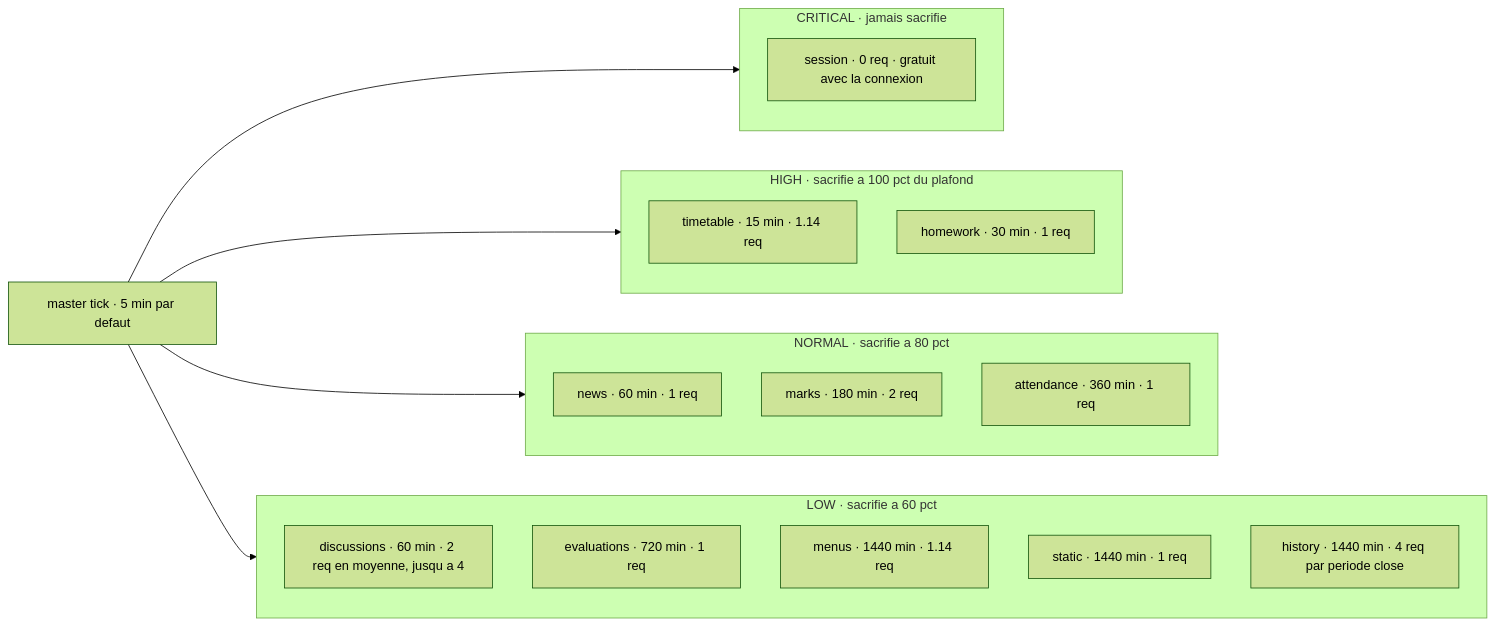
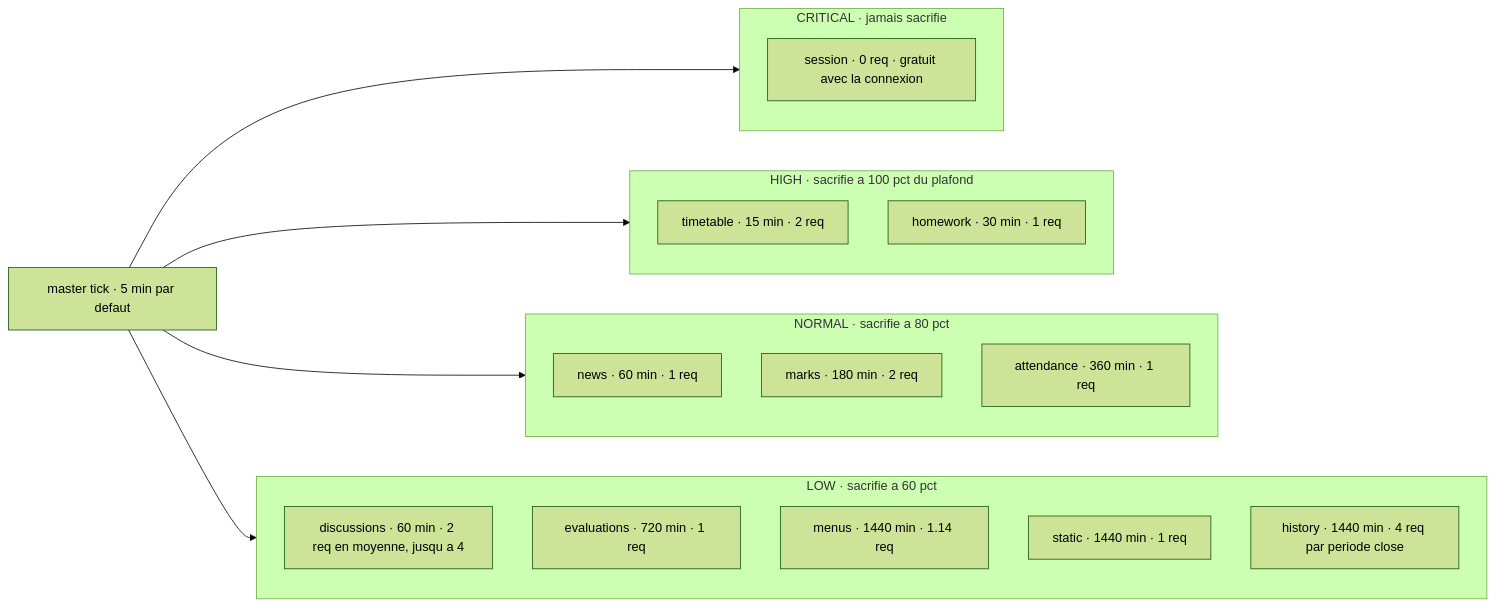
One commit to FiveElements/ha-pronote-ng changed the third of 6 diagrams in docs/ARCHITECTURE.md. Above: the diagram before and after it, drawn with Mermaid (forest theme). The commit also changed other lines of this file and 9 other files, not shown here.

````diff
--- a/docs/ARCHITECTURE.md
+++ b/docs/ARCHITECTURE.md
@@ -721,31 +721,31 @@
 ```mermaid
 flowchart LR
   subgraph CRIT["CRITICAL · jamais sacrifie"]
     SESSION["session · 0 req · gratuit avec la connexion"]
   end
 
   subgraph HIGH["HIGH · sacrifie a 100 pct du plafond"]
-    TT["timetable · 15 min · 1.14 req"]
+    TT["timetable · 15 min · 2 req"]
     HW["homework · 30 min · 1 req"]
   end
 
   subgraph NORM["NORMAL · sacrifie a 80 pct"]
     NEWS["news · 60 min · 1 req"]
     MARKS["marks · 180 min · 2 req"]
     ATT["attendance · 360 min · 1 req"]
   end
 
   subgraph LOW["LOW · sacrifie a 60 pct"]
     DISC["discussions · 60 min · 2 req en moyenne, jusqu a 4"]
     EVAL["evaluations · 720 min · 1 req"]
     MENUS["menus · 1440 min · 1.14 req"]
     STATIC["static · 1440 min · 1 req"]
     HIST["history · 1440 min · 4 req par periode close"]
   end
 
   TICK["master tick · 5 min par defaut"]
   TICK --> CRIT
   TICK --> HIGH
   TICK --> NORM
   TICK --> LOW
 ```
````
